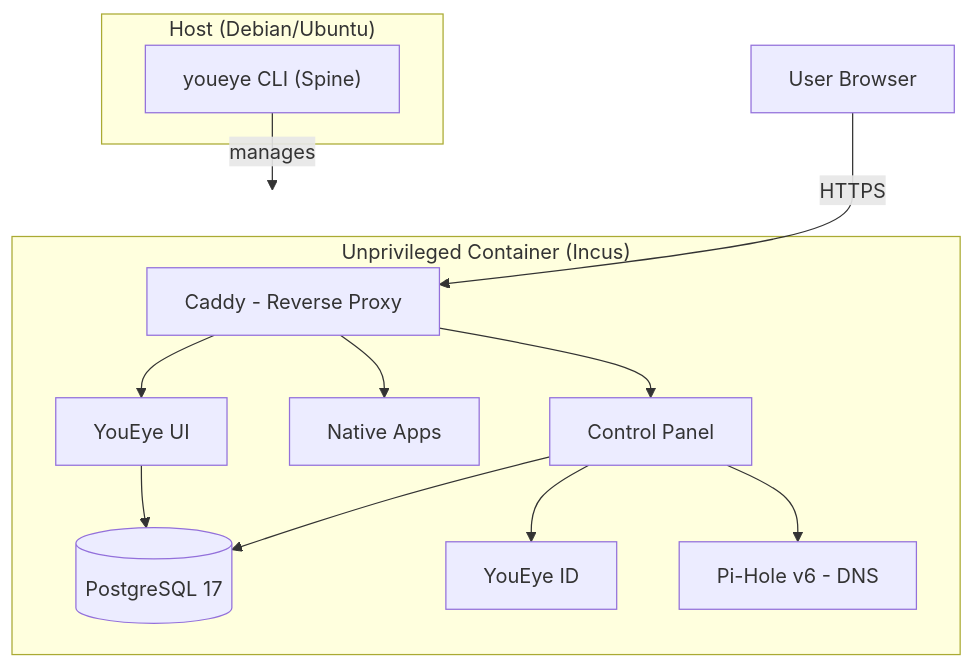
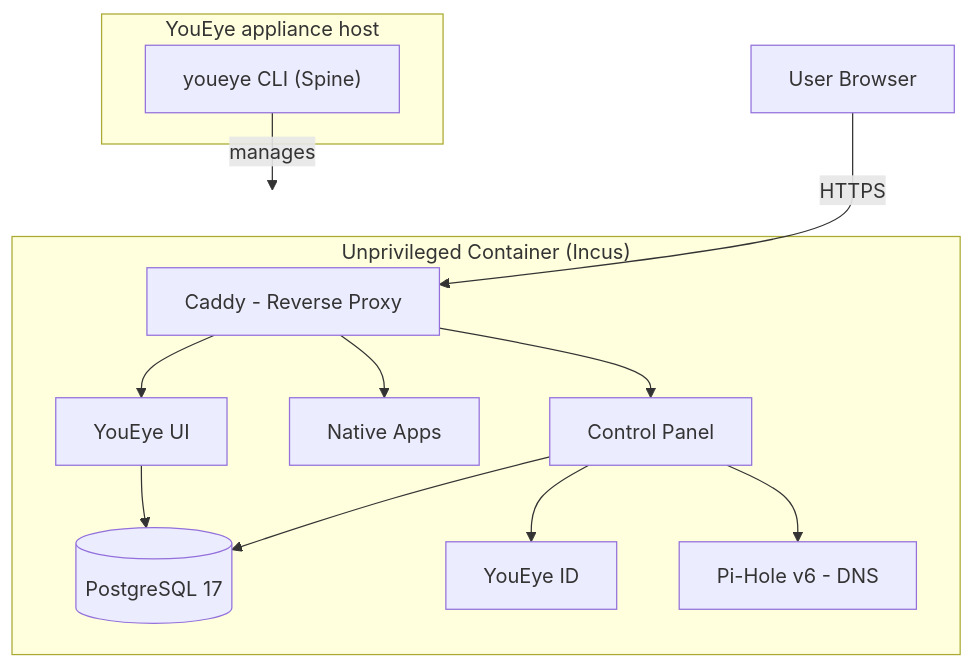
The diagram in README.md (YouEye-Platform/YouEye), drawn with Mermaid before and after one commit. The commit also changed other lines of this file and 1207 other files, not shown here.

````diff
--- a/README.md
+++ b/README.md
@@ -71,28 +89,28 @@
 ```mermaid
 graph TD
     User[User Browser] -->|HTTPS| Caddy
 
-    subgraph Host["Host (Debian/Ubuntu)"]
+    subgraph Host["YouEye appliance host"]
         Spine["youeye CLI (Spine)"]
     end
 
     Spine -->|manages| Container
 
     subgraph Container["Unprivileged Container (Incus)"]
         CP[Control Panel]
         Caddy[Caddy - Reverse Proxy]
         ID[YouEye ID]
         DB[(PostgreSQL 17)]
         DNS[Pi-Hole v6 - DNS]
         UI[YouEye UI]
         Apps[Native Apps]
     end
 
     Caddy --> UI
     Caddy --> Apps
     Caddy --> CP
     CP --> DB
     CP --> ID
     CP --> DNS
     UI --> DB
 ```
````
